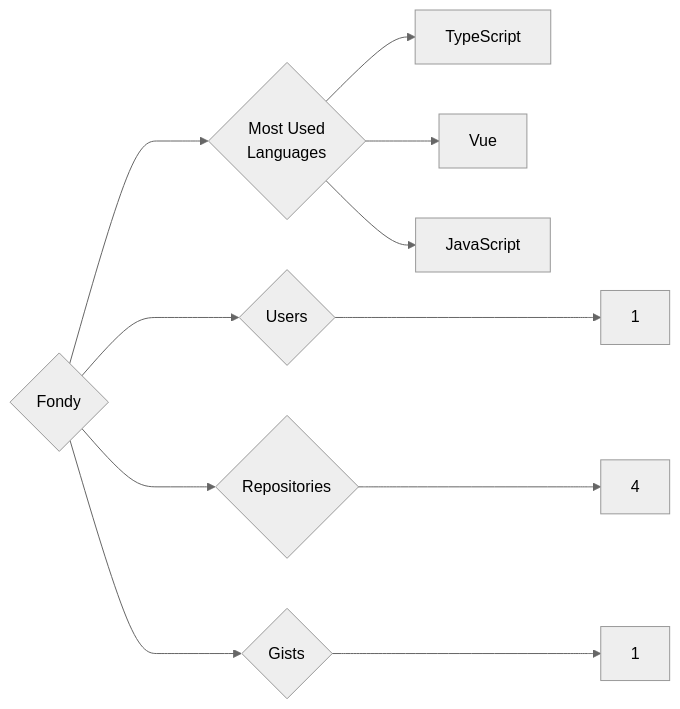
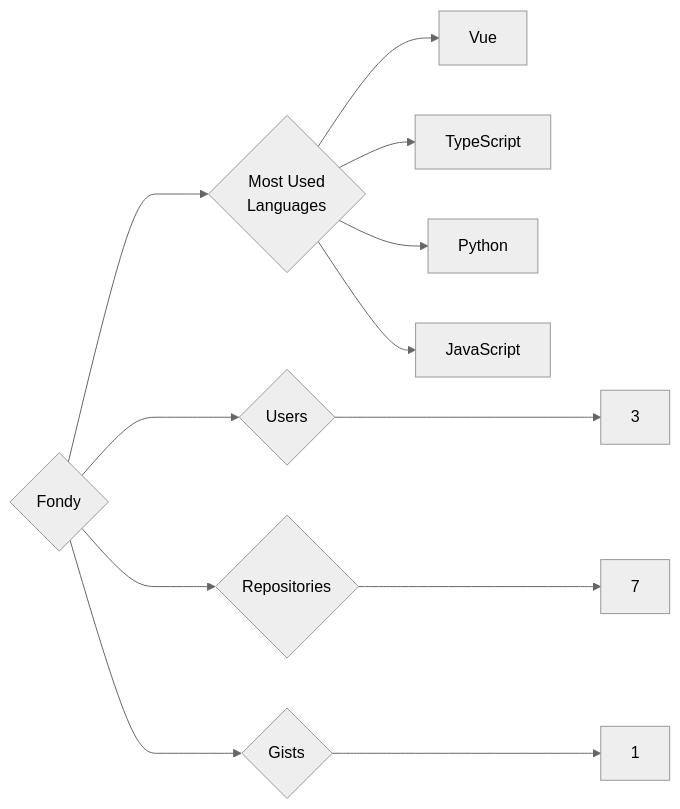
The diagram in targets/Fondy/README.md (trickest/insiders), drawn with Mermaid (neutral theme) before and after one commit. The commit also changed 772 other files, not shown here.

````diff
--- a/targets/Fondy/README.md
+++ b/targets/Fondy/README.md
@@ -3,11 +3,12 @@
 ```mermaid
 graph LR
 COMPANY_NAME{Fondy}
-COMPANY_NAME ---> U{Users} ---> UN[1]
-COMPANY_NAME ---> R{Repositories} ---> RN[4]
+COMPANY_NAME ---> U{Users} ---> UN[3]
+COMPANY_NAME ---> R{Repositories} ---> RN[7]
 COMPANY_NAME ---> G{Gists} ---> GN[1]
 COMPANY_NAME ---> ML{Most Used<br>Languages}
+ML --> Vue[Vue]
 ML --> TypeScript[TypeScript]
-ML --> Vue[Vue]
+ML --> Python[Python]
 ML --> JavaScript[JavaScript]
 ```
````
